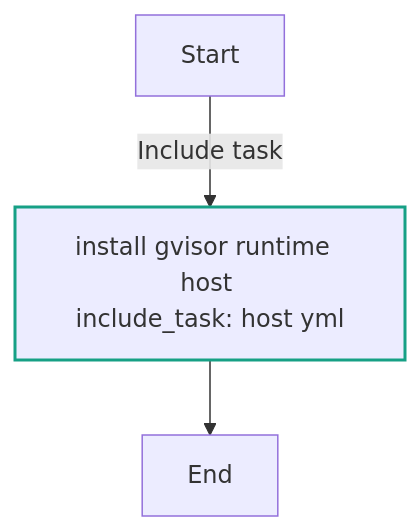
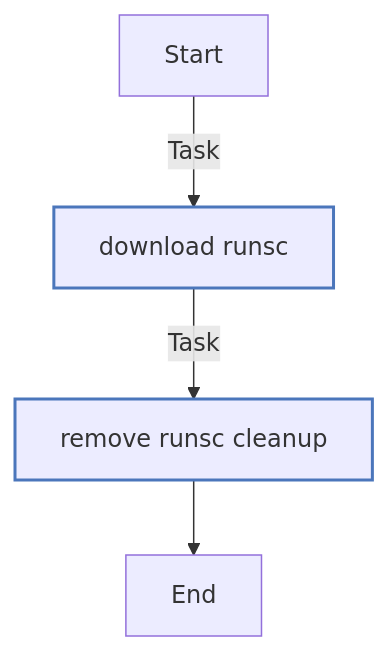
The second of 3 diagrams in roles/gvisor/README.md (rou-cru/k3s-homelab), drawn with Mermaid before and after one commit. The commit also changed other lines of this file and 277 other files, not shown here.

````diff
--- a/roles/gvisor/README.md
+++ b/roles/gvisor/README.md
@@ -98,15 +107,16 @@
 ```mermaid
 flowchart TD
 Start
 classDef block stroke:#3498db,stroke-width:2px;
 classDef task stroke:#4b76bb,stroke-width:2px;
 classDef includeTasks stroke:#16a085,stroke-width:2px;
 classDef importTasks stroke:#34495e,stroke-width:2px;
 classDef includeRole stroke:#2980b9,stroke-width:2px;
 classDef importRole stroke:#699ba7,stroke-width:2px;
 classDef includeVars stroke:#8e44ad,stroke-width:2px;
 classDef rescue stroke:#665352,stroke-width:2px;
 
-  Start-->|Include task| Install_gVisor_runtime__host__host_yml_0[install gvisor runtime  host <br>include_task: host yml]:::includeTasks
-  Install_gVisor_runtime__host__host_yml_0-->End
+  Start-->|Task| Download_runsc0[download runsc]:::task
+  Download_runsc0-->|Task| Remove_runsc__cleanup_1[remove runsc  cleanup ]:::task
+  Remove_runsc__cleanup_1-->End
 ```
````
